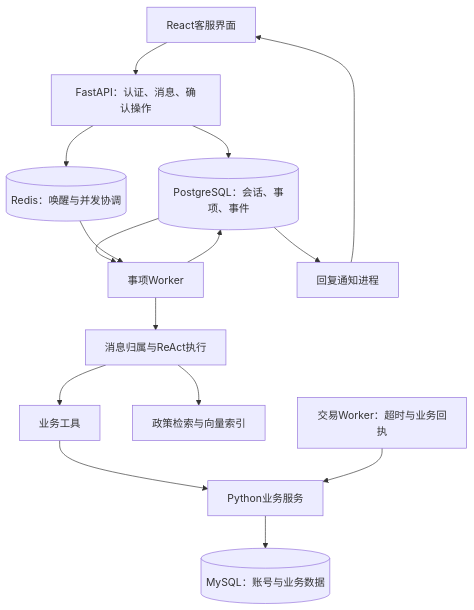
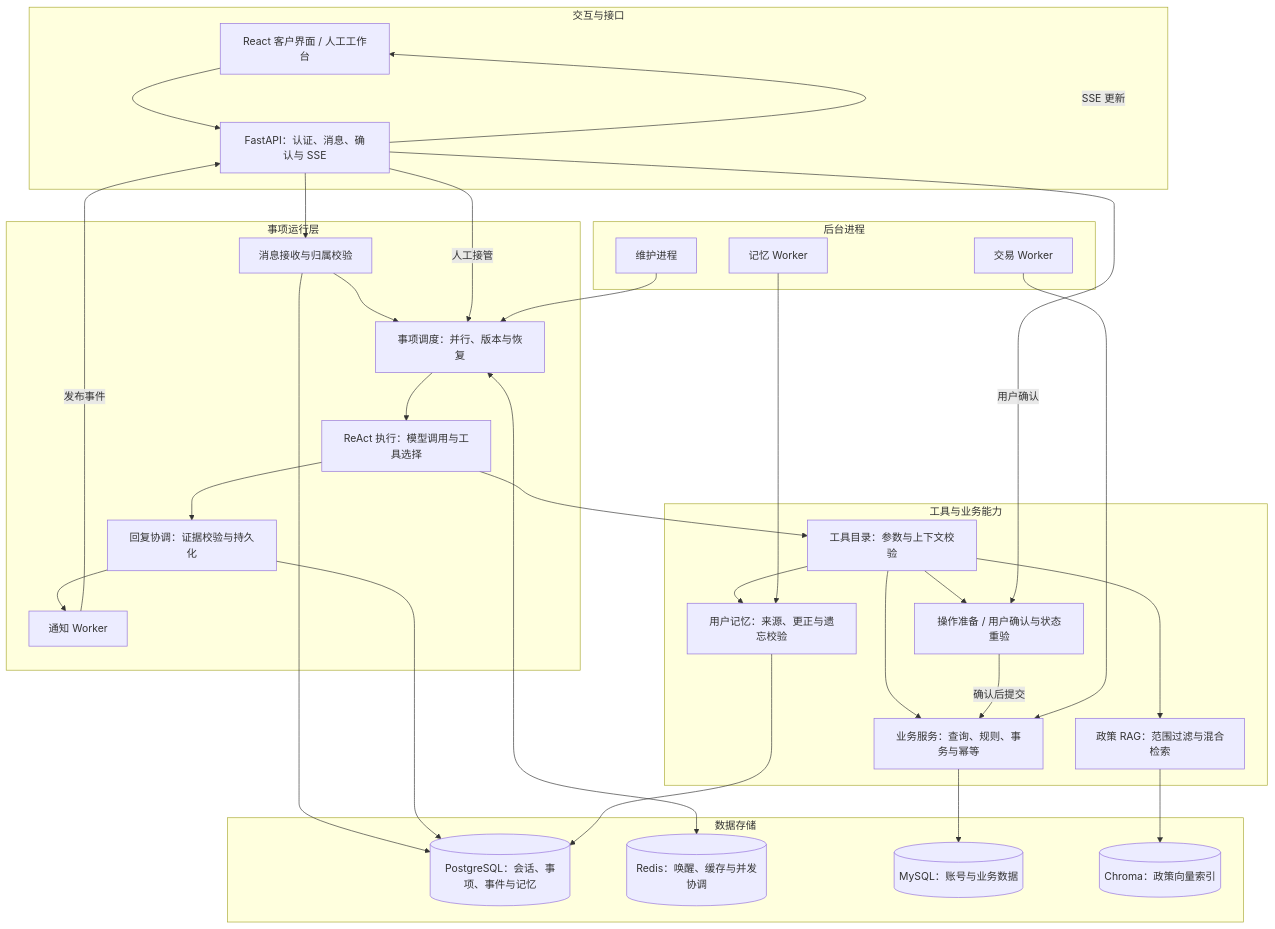
One commit to onedayhappen/ecom-customer-service changed the diagram in README.md. Above: the diagram before and after it, drawn with Mermaid. The commit also changed other lines of this file and 39 other files, not shown here.

````diff
--- a/README.md
+++ b/README.md
@@ -29,17 +45,60 @@
 ```mermaid
 flowchart TD
-    UI[React客服界面] --> API[FastAPI：认证、消息、确认操作]
-    API --> PG[(PostgreSQL：会话、事项、事件)]
-    API --> Redis[(Redis：唤醒与并发协调)]
-    PG --> Worker[事项Worker]
-    Redis --> Worker
-    Worker --> Agent[消息归属与ReAct执行]
-    Agent --> Tools[业务工具]
-    Tools --> Service[Python业务服务]
-    Service --> MySQL[(MySQL：账号与业务数据)]
-    Agent --> RAG[政策检索与向量索引]
-    Worker --> PG
-    PG --> Notify[回复通知进程]
-    Notify --> UI
-    Commerce[交易Worker：超时与业务回执] --> Service
+    subgraph Access[交互与接口]
+        UI[React 客户界面 / 人工工作台]
+        API[FastAPI：认证、消息、确认与 SSE]
+        UI --> API
+    end
+
+    subgraph Runtime[事项运行层]
+        Intake[消息接收与归属校验]
+        Schedule[事项调度：并行、版本与恢复]
+        Agent[ReAct 执行：模型调用与工具选择]
+        Reply[回复协调：证据校验与持久化]
+        Notify[通知 Worker]
+        Intake --> Schedule --> Agent
+        Agent --> Reply --> Notify
+    end
+
+    subgraph Capabilities[工具与业务能力]
+        Tools[工具目录：参数与上下文校验]
+        Commerce[业务服务：查询、规则、事务与幂等]
+        Operations[操作准备 / 用户确认与状态重验]
+        RAG[政策 RAG：范围过滤与混合检索]
+        Memory[用户记忆：来源、更正与遗忘校验]
+        Tools --> Commerce
+        Tools --> RAG
+        Tools --> Memory
+        Tools --> Operations
+        Operations -->|确认后提交| Commerce
+    end
+
+    subgraph Storage[数据存储]
+        PG[(PostgreSQL：会话、事项、事件与记忆)]
+        Redis[(Redis：唤醒、缓存与并发协调)]
+        MySQL[(MySQL：账号与业务数据)]
+        Chroma[(Chroma：政策向量索引)]
+    end
+
+    subgraph Background[后台进程]
+        MemoryWorker[记忆 Worker]
+        CommerceWorker[交易 Worker]
+        Maintenance[维护进程]
+    end
+
+    API --> Intake
+    API -->|用户确认| Operations
+    API -->|人工接管| Schedule
+    Agent --> Tools
+    Notify -->|发布事件| API
+    API -->|SSE 更新| UI
+    Intake --> PG
+    Schedule <--> Redis
+    Reply --> PG
+    Memory --> PG
+    Commerce --> MySQL
+    RAG --> Chroma
+    MemoryWorker --> Memory
+    CommerceWorker --> Commerce
+    Maintenance --> Schedule
 ```
````
